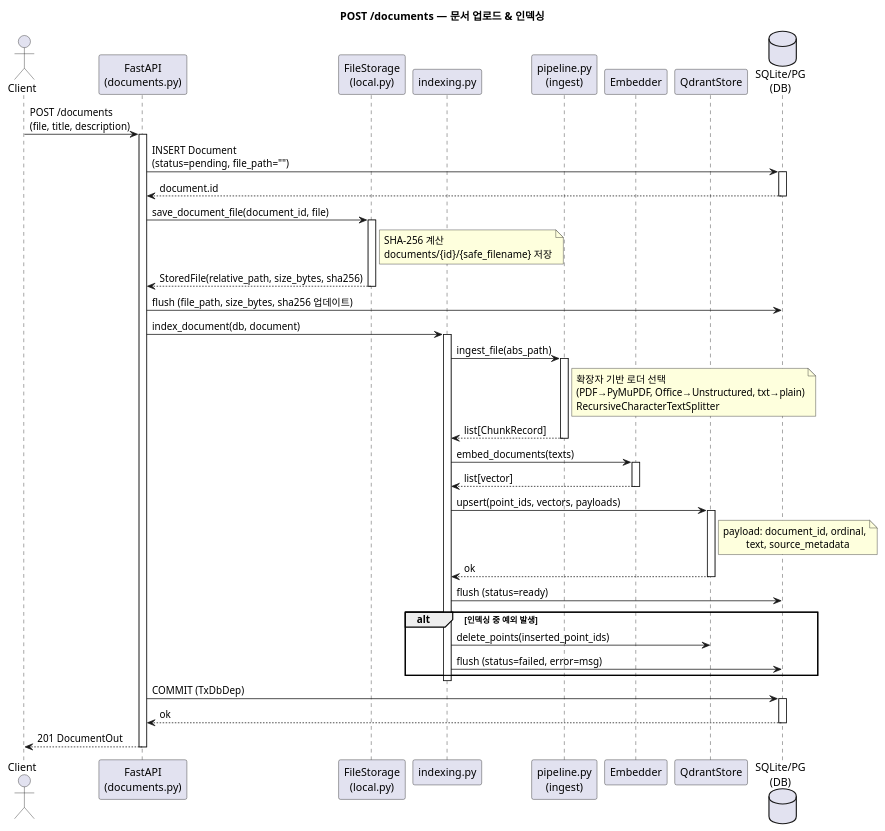
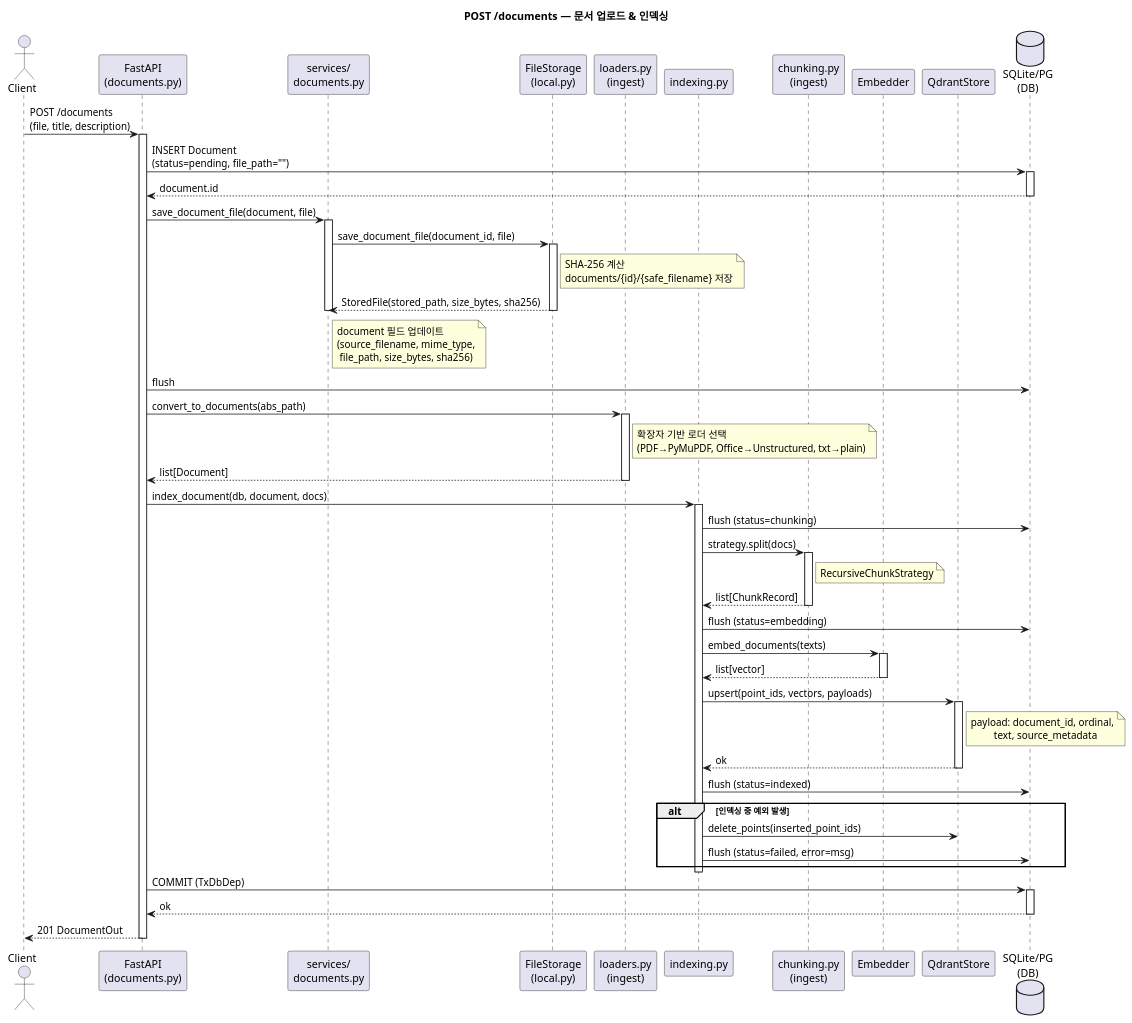
Before and after one commit to sigmoidx0/ragkit: the diagram in docs/diagrams/document_create.puml, drawn with PlantUML. The commit also changed 18 other files, not shown here.

First line of the commit message:
refactor: restructure ingest, storage, and document service layers

```diff
--- a/docs/diagrams/document_create.puml
+++ b/docs/diagrams/document_create.puml
@@ -1,78 +1,99 @@
 @startuml Document Create
 
 title POST /documents — 문서 업로드 & 인덱싱
 
 actor Client
 participant "FastAPI\n(documents.py)" as API
+participant "services/\ndocuments.py" as SVC
 participant "FileStorage\n(local.py)" as FS
+participant "loaders.py\n(ingest)" as LDR
 participant "indexing.py" as IDX
-participant "pipeline.py\n(ingest)" as ING
+participant "chunking.py\n(ingest)" as ING
 participant "Embedder" as EMB
 participant "QdrantStore" as QD
 database "SQLite/PG\n(DB)" as DB
 
 Client -> API : POST /documents\n(file, title, description)
 activate API
 
 API -> DB : INSERT Document\n(status=pending, file_path="")
 activate DB
 DB --> API : document.id
 deactivate DB
 
-API -> FS : save_document_file(document_id, file)
+API -> SVC : save_document_file(document, file)
+activate SVC
+SVC -> FS : save_document_file(document_id, file)
 activate FS
 note right of FS
   SHA-256 계산
   documents/{id}/{safe_filename} 저장
 end note
-FS --> API : StoredFile(relative_path, size_bytes, sha256)
+FS --> SVC : StoredFile(stored_path, size_bytes, sha256)
 deactivate FS
+note right of SVC
+  document 필드 업데이트
+  (source_filename, mime_type,
+   file_path, size_bytes, sha256)
+end note
+deactivate SVC
 
-API -> DB : flush (file_path, size_bytes, sha256 업데이트)
+API -> DB : flush
 
-API -> IDX : index_document(db, document)
+API -> LDR : convert_to_documents(abs_path)
+activate LDR
+note right of LDR
+  확장자 기반 로더 선택
+  (PDF→PyMuPDF, Office→Unstructured, txt→plain)
+end note
+LDR --> API : list[Document]
+deactivate LDR
+
+API -> IDX : index_document(db, document, docs)
 activate IDX
 
-IDX -> ING : ingest_file(abs_path)
+IDX -> DB : flush (status=chunking)
+
+IDX -> ING : strategy.split(docs)
 activate ING
 note right of ING
-  확장자 기반 로더 선택
-  (PDF→PyMuPDF, Office→Unstructured, txt→plain)
-  RecursiveCharacterTextSplitter
+  RecursiveChunkStrategy
 end note
 ING --> IDX : list[ChunkRecord]
 deactivate ING
+
+IDX -> DB : flush (status=embedding)
 
 IDX -> EMB : embed_documents(texts)
 activate EMB
 EMB --> IDX : list[vector]
 deactivate EMB
 
 IDX -> QD : upsert(point_ids, vectors, payloads)
 activate QD
 note right of QD
   payload: document_id, ordinal,
            text, source_metadata
 end note
 QD --> IDX : ok
 deactivate QD
 
-IDX -> DB : flush (status=ready)
+IDX -> DB : flush (status=indexed)
 
 alt 인덱싱 중 예외 발생
   IDX -> QD : delete_points(inserted_point_ids)
   IDX -> DB : flush (status=failed, error=msg)
 end
 
 deactivate IDX
 
 API -> DB : COMMIT (TxDbDep)
 activate DB
 DB --> API : ok
 deactivate DB
 
 API --> Client : 201 DocumentOut
 
 deactivate API
 
 @enduml
```
